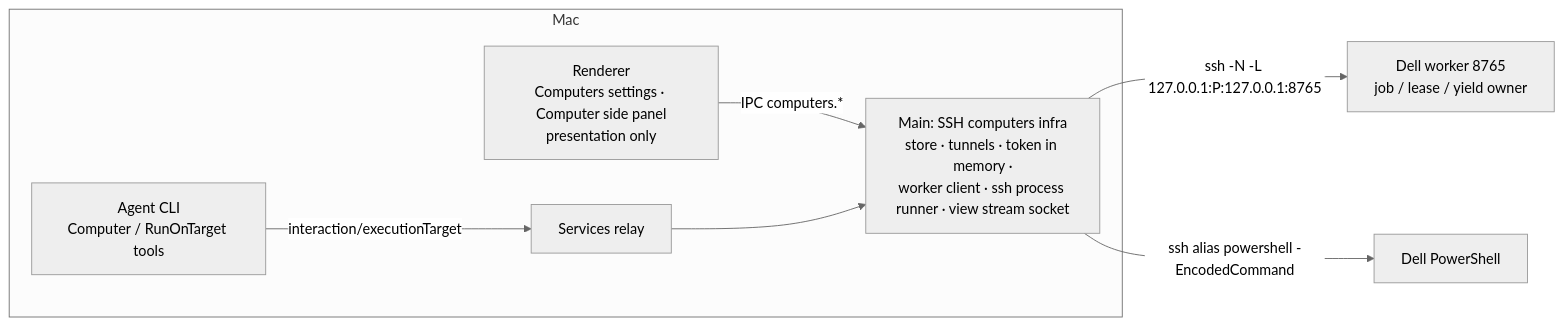
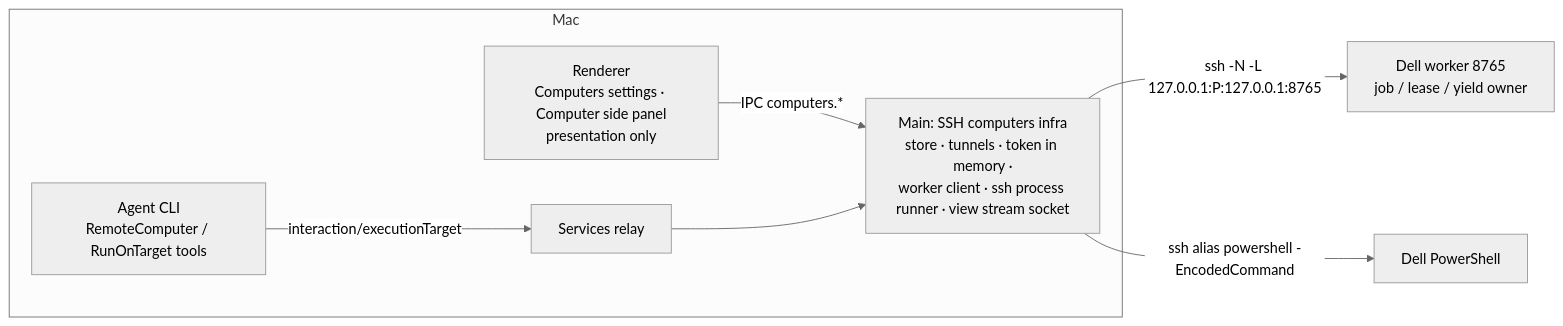
One commit to Ykkfelipe/AceVra changed the first of 5 diagrams in packages/desktop/specs/acevra-agent-computer.md. Above: the diagram before and after it, drawn with Mermaid (neutral theme). The commit also changed other lines of this file and 58 other files, not shown here.

First line of the commit message:
feat(computers): drive SSH computers from AceVra (RemoteComputer + Computer side-pane tab)

````diff
--- a/packages/desktop/specs/acevra-agent-computer.md
+++ b/packages/desktop/specs/acevra-agent-computer.md
@@ -213,10 +214,10 @@
 ```mermaid
 flowchart LR
   subgraph Mac
     R[Renderer<br/>Computers settings · Computer side panel<br/>presentation only] -- IPC computers.* --> M
-    CLI[Agent CLI<br/>Computer / RunOnTarget tools] -- interaction/executionTarget --> S[Services relay] --> M
+    CLI[Agent CLI<br/>RemoteComputer / RunOnTarget tools] -- interaction/executionTarget --> S[Services relay] --> M
     M[Main: SSH computers infra<br/>store · tunnels · token in memory ·<br/>worker client · ssh process runner · view stream socket]
   end
   M -- "ssh -N -L 127.0.0.1:P:127.0.0.1:8765" --> D[Dell worker 8765<br/>job / lease / yield owner]
   M -- "ssh alias powershell -EncodedCommand" --> P[Dell PowerShell]
 ```
````
